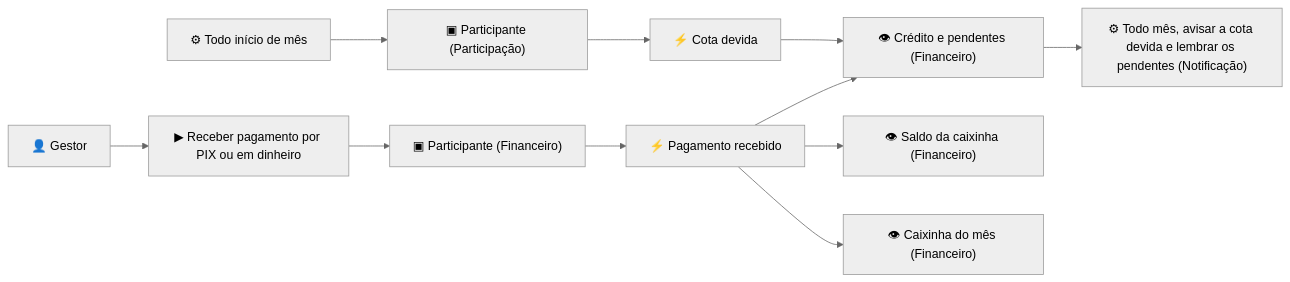
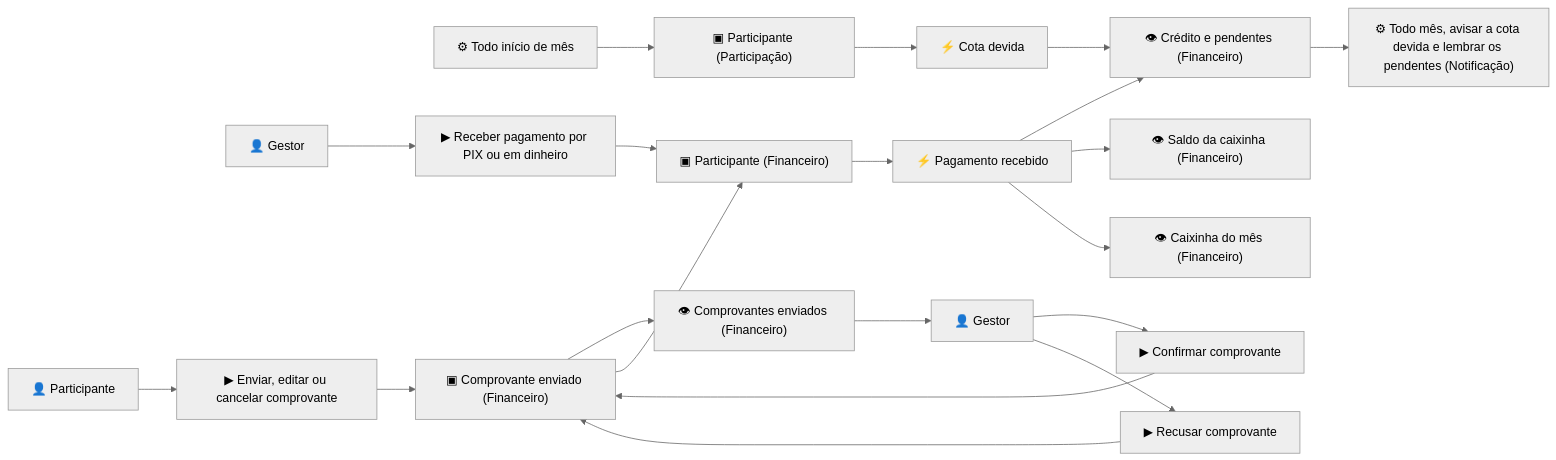
Before and after one commit to hsborges/facoffee-app: the third of 7 diagrams in docs/dominio/MODELOS.md, drawn with Mermaid. The commit also changed other lines of this file and 36 other files, not shown here.

First line of the commit message:
feat(financeiro): participante envia comprovante para o gestor confirmar (#94)

````diff
--- a/docs/dominio/MODELOS.md
+++ b/docs/dominio/MODELOS.md
@@ -123,12 +125,15 @@
 ```mermaid
 %%{init: {"theme": "neutral"}}%%
 flowchart LR
 
     P1["⚙ Todo início de mês"] --> G1["▣ Participante (Participação)"] --> E1["⚡ Cota devida"]
     A1["👤 Gestor"] --> C1["▶ Receber pagamento por PIX ou em dinheiro"] --> G2["▣ Participante (Financeiro)"] --> E2["⚡ Pagamento recebido"]
+    A2["👤 Participante"] --> C2["▶ Enviar, editar ou cancelar comprovante"] --> G3["▣ Comprovante enviado (Financeiro)"] --> R4["👁 Comprovantes enviados (Financeiro)"]
+    R4 --> A3["👤 Gestor"] --> C3["▶ Confirmar comprovante"] --> G3 --> G2
+    A3 --> C4["▶ Recusar comprovante"] --> G3
     E1 --> R1["👁 Crédito e pendentes (Financeiro)"]
     E2 --> R1
     E2 --> R2["👁 Saldo da caixinha (Financeiro)"]
     E2 --> R3["👁 Caixinha do mês (Financeiro)"]
     R1 --> P2["⚙ Todo mês, avisar a cota devida e lembrar os pendentes (Notificação)"]
 ```
````
